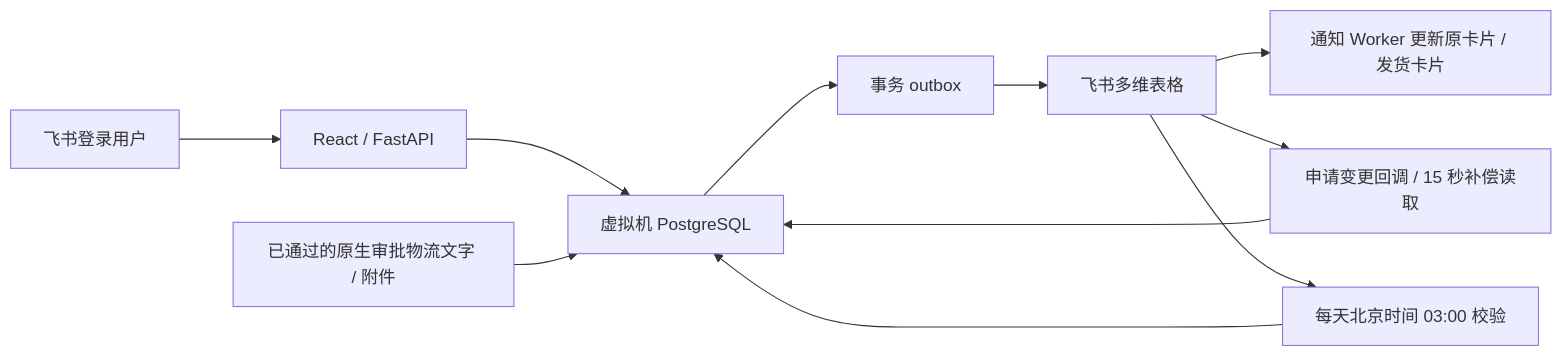
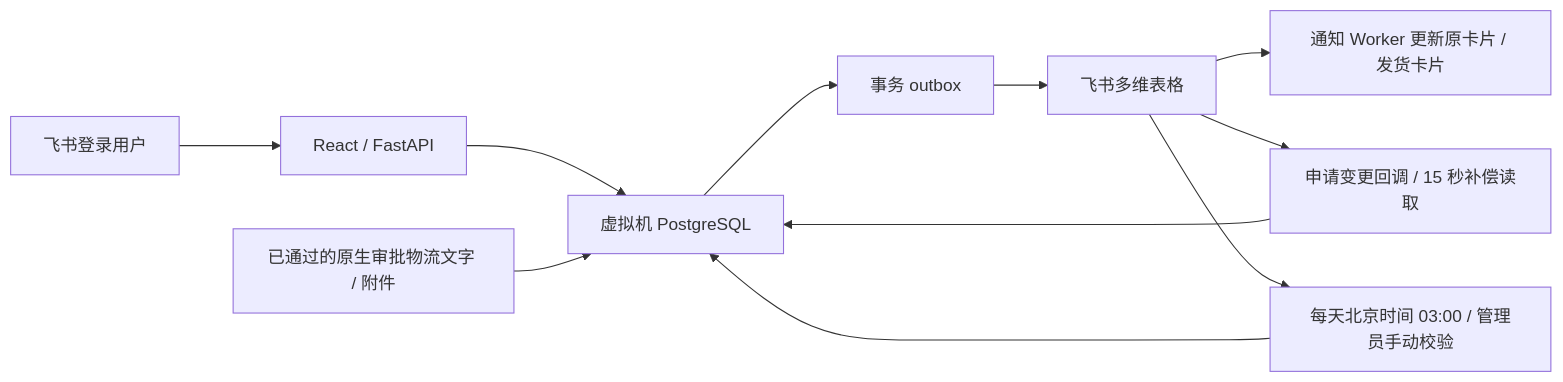
Before and after one commit to G1026271140-spec/pudu-material-operations: the diagram in README.md, drawn with Mermaid. The commit also changed other lines of this file, not shown here.

````diff
--- a/README.md
+++ b/README.md
@@ -16,13 +16,13 @@
 ```mermaid
 flowchart LR
     U[飞书登录用户] --> W[React / FastAPI]
     W --> P[虚拟机 PostgreSQL]
     P --> O[事务 outbox]
     O --> F[飞书多维表格]
     F --> E[通知 Worker 更新原卡片 / 发货卡片]
     A[已通过的原生审批物流文字 / 附件] --> P
     F --> C[申请变更回调 / 15 秒补偿读取]
     C --> P
-    F --> R[每天北京时间 03:00 校验]
+    F --> R[每天北京时间 03:00 / 管理员手动校验]
     R --> P
 ```
````
